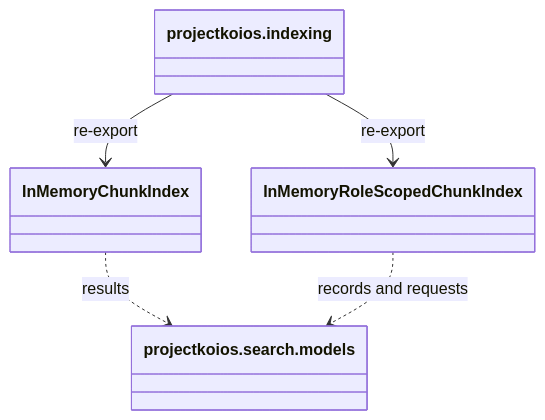
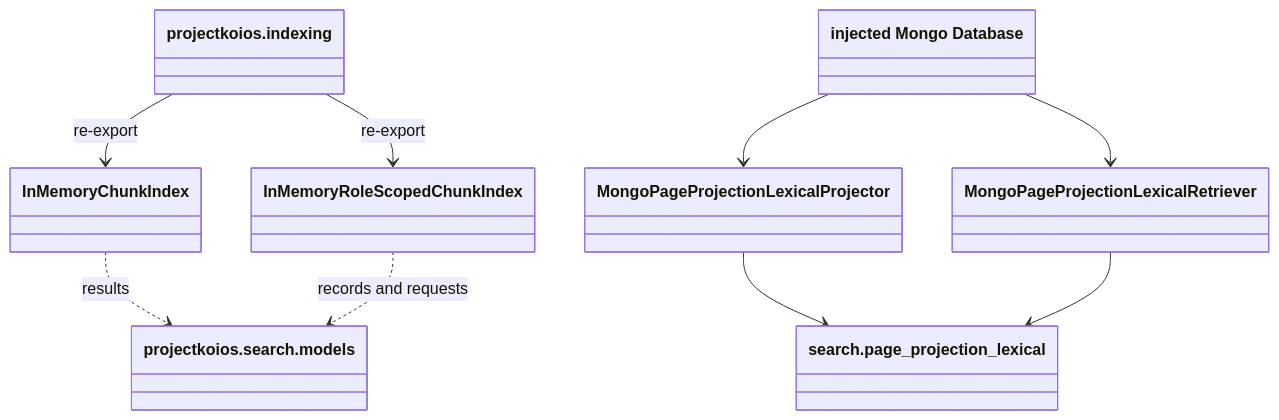
Before and after one commit to eragasa/projectkoios-search: the diagram in docs/architecture/projectkoios/indexing/implementation.md, drawn with Mermaid. The commit also changed other lines of this file and 42 other files, not shown here.

Commit message:
Implement Mongo page-projection lexical index

````diff
--- a/docs/architecture/projectkoios/indexing/implementation.md
+++ b/docs/architecture/projectkoios/indexing/implementation.md
@@ -7,12 +10,20 @@
 ```mermaid
 classDiagram
     class IndexingFacade["projectkoios.indexing"]
     class InMemoryChunkIndex
     class InMemoryRoleScopedChunkIndex
     class SearchModels["projectkoios.search.models"]
+    class MongoPageProjectionLexicalProjector
+    class MongoPageProjectionLexicalRetriever
+    class PageProjectionLexicalContracts["search.page_projection_lexical"]
+    class MongoDatabase["injected Mongo Database"]
 
     IndexingFacade --> InMemoryChunkIndex : re-export
     IndexingFacade --> InMemoryRoleScopedChunkIndex : re-export
     InMemoryChunkIndex ..> SearchModels : results
     InMemoryRoleScopedChunkIndex ..> SearchModels : records and requests
+    MongoPageProjectionLexicalProjector --> PageProjectionLexicalContracts
+    MongoPageProjectionLexicalRetriever --> PageProjectionLexicalContracts
+    MongoDatabase --> MongoPageProjectionLexicalProjector
+    MongoDatabase --> MongoPageProjectionLexicalRetriever
 ```
````
